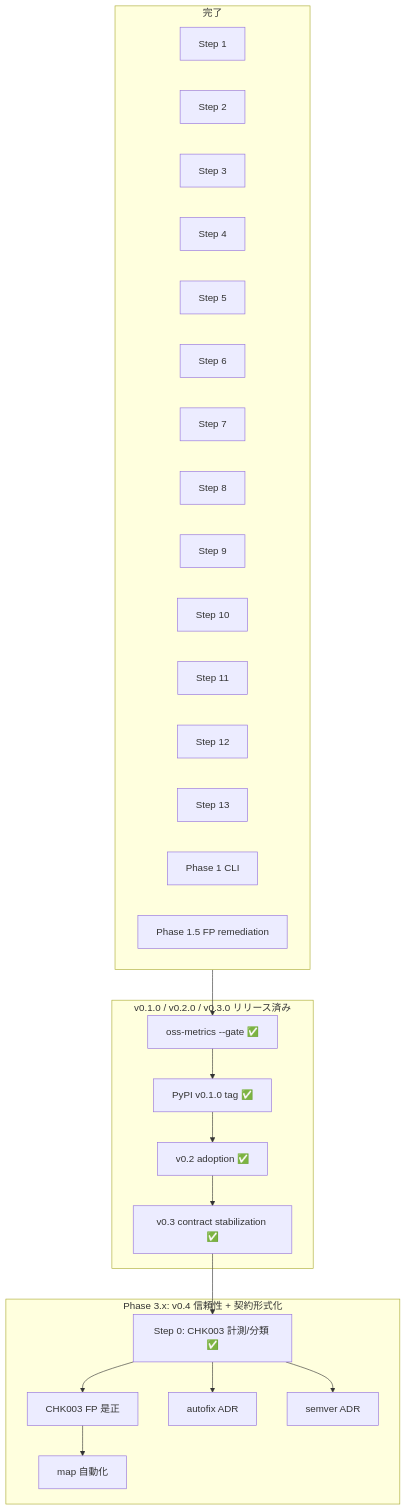
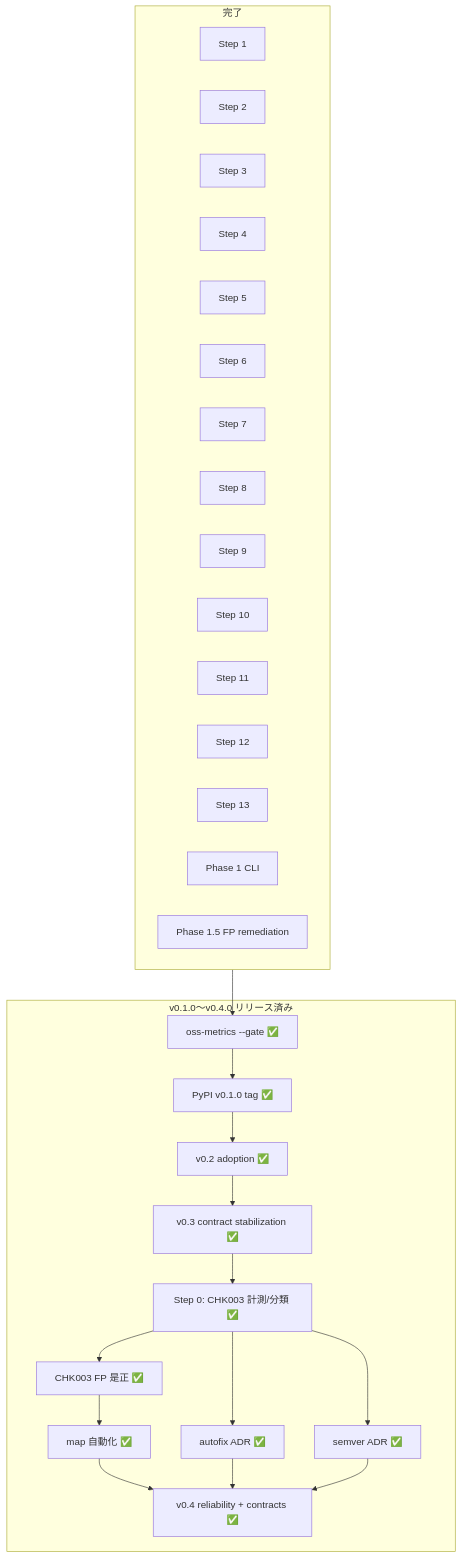
One commit to watany-dev/chokkin changed the diagram in docs/dev/plans/README.md. Above: the diagram before and after it, drawn with Mermaid. The commit also changed other lines of this file and 4 other files, not shown here.

Commit message:
docs: formalize v0.4 reliability contracts

````diff
--- a/docs/dev/plans/README.md
+++ b/docs/dev/plans/README.md
@@ -42,45 +43,46 @@
 ```mermaid
 flowchart TB
   subgraph done [完了]
     S1[Step 1]
     S2[Step 2]
     S3[Step 3]
     S4[Step 4]
     S5[Step 5]
     S6[Step 6]
     S7[Step 7]
     S8[Step 8]
     S9[Step 9]
     S10[Step 10]
     S11[Step 11]
     S12[Step 12]
     S13[Step 13]
     P1[Phase 1 CLI]
     P15[Phase 1.5 FP remediation]
   end
 
-  subgraph released [v0.1.0 / v0.2.0 / v0.3.0 リリース済み]
+  subgraph released [v0.1.0〜v0.4.0 リリース済み]
     GATE[oss-metrics --gate ✅]
     TAG[PyPI v0.1.0 tag ✅]
     V02[v0.2 adoption ✅]
     V03[v0.3 contract stabilization ✅]
-  end
-
-  subgraph current [Phase 3.x: v0.4 信頼性 + 契約形式化]
     CHK003[Step 0: CHK003 計測/分類 ✅]
-    A1[CHK003 FP 是正]
-    A2[map 自動化]
-    B1[autofix ADR]
-    B2[semver ADR]
+    A1[CHK003 FP 是正 ✅]
+    A2[map 自動化 ✅]
+    B1[autofix ADR ✅]
+    B2[semver ADR ✅]
+    V04[v0.4 reliability + contracts ✅]
   end
 
   done --> GATE
   GATE --> TAG
   TAG --> V02
   V02 --> V03
   V03 --> CHK003
   CHK003 --> A1
   CHK003 --> B1
   A1 --> A2
   CHK003 --> B2
+  A2 --> V04
+  B1 --> V04
+  B2 --> V04
 ```
````
